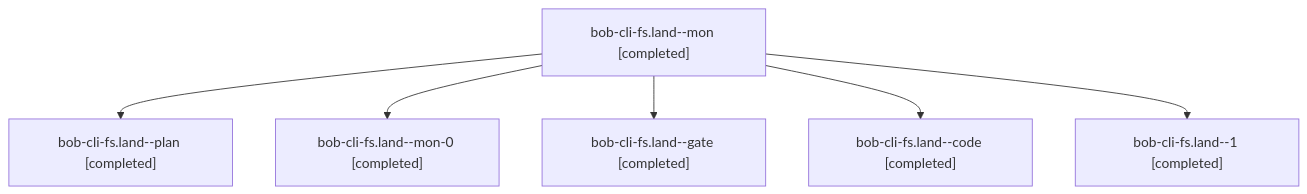
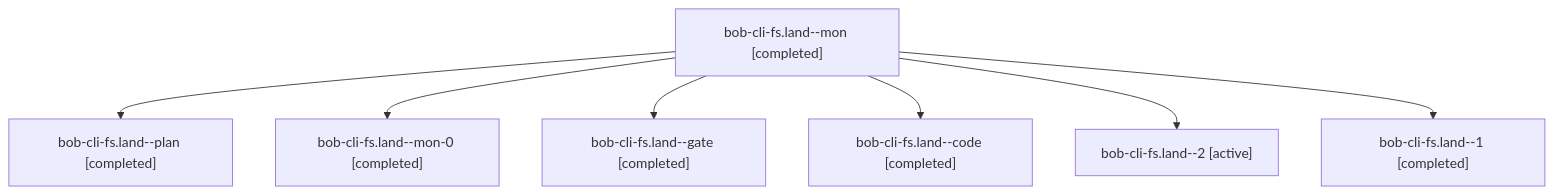
One commit to bobs-org/bob-cli--agents changed the diagram in sessions/bbugyi200.athena.bob-cli-fs.land.md. Above: the diagram before and after it, drawn with Mermaid. The commit also changed other lines of this file and 119 other files, not shown here.

````diff
--- a/sessions/bbugyi200.athena.bob-cli-fs.land.md
+++ b/sessions/bbugyi200.athena.bob-cli-fs.land.md
@@ -9,14 +9,16 @@
 ```mermaid
 flowchart TD
   n0["bob-cli-fs.land--mon [completed]"]
   n1["bob-cli-fs.land--plan [completed]"]
   n0 --> n1
   n2["bob-cli-fs.land--mon-0 [completed]"]
   n0 --> n2
   n3["bob-cli-fs.land--gate [completed]"]
   n0 --> n3
   n4["bob-cli-fs.land--code [completed]"]
   n0 --> n4
-  n5["bob-cli-fs.land--1 [completed]"]
+  n5["bob-cli-fs.land--2 [active]"]
   n0 --> n5
+  n6["bob-cli-fs.land--1 [completed]"]
+  n0 --> n6
 ```
````
